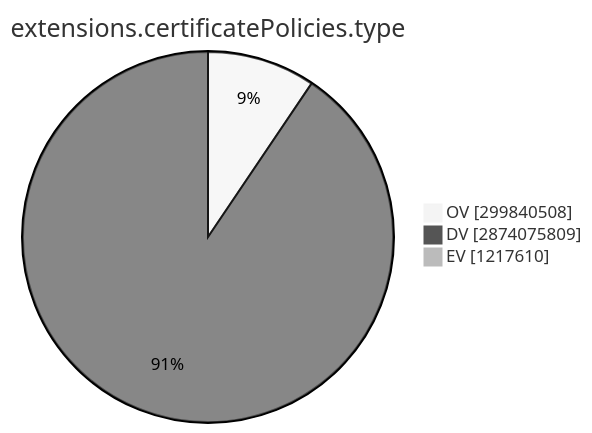
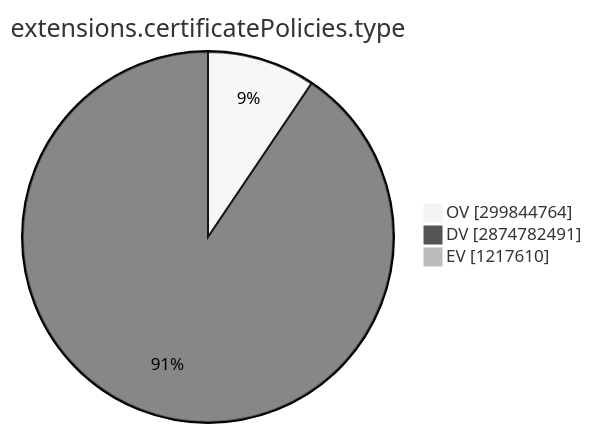
One commit to christiankrug/ctmonitor_visualization changed the ninth of 15 diagrams in TOTAL/README.md. Above: the diagram before and after it, drawn with Mermaid (neutral theme). The commit also changed other lines of this file, not shown here.

````diff
--- a/TOTAL/README.md
+++ b/TOTAL/README.md
@@ -3101,7 +3101,7 @@
 ```mermaid
 pie showData
 title extensions.certificatePolicies.type
-"OV" :299840508
-"DV" :2874075809
+"OV" :299844764
+"DV" :2874782491
 "EV" :1217610
 ```
````
